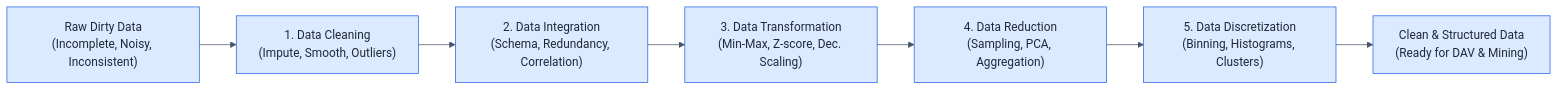
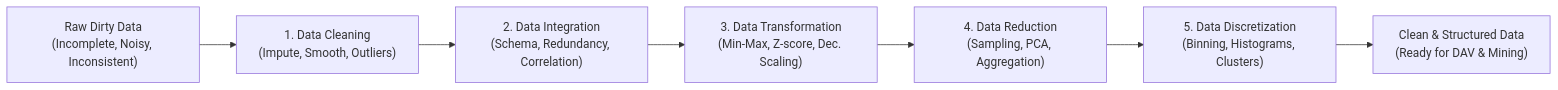
Before and after one commit to DeepLumiere/DeepSkills: the diagram in notes/data_analysis/Chapter5_Data_Preprocessing.md, drawn with Mermaid. The commit also changed 8 other files, not shown here.

````diff
--- a/notes/data_analysis/Chapter5_Data_Preprocessing.md
+++ b/notes/data_analysis/Chapter5_Data_Preprocessing.md
@@ -47,10 +47,9 @@
 ```mermaid
-%%{init: {'theme': 'base', 'themeVariables': {'primaryColor': '#dbeafe', 'primaryBorderColor': '#2563eb', 'primaryTextColor': '#1e293b', 'lineColor': '#475569', 'edgeLabelBackground': '#ffffff', 'clusterBkg': '#eff6ff', 'clusterBorder': '#93c5fd'}} }%%
 flowchart LR
     Raw["Raw Dirty Data<br/>(Incomplete, Noisy, Inconsistent)"] --> Clean["1. Data Cleaning<br/>(Impute, Smooth, Outliers)"]
     Clean --> Integ["2. Data Integration<br/>(Schema, Redundancy, Correlation)"]
     Integ --> Trans["3. Data Transformation<br/>(Min-Max, Z-score, Dec. Scaling)"]
     Trans --> Red["4. Data Reduction<br/>(Sampling, PCA, Aggregation)"]
     Red --> Disc["5. Data Discretization<br/>(Binning, Histograms, Clusters)"]
     Disc --> Ready["Clean & Structured Data<br/>(Ready for DAV & Mining)"]
 ```
````
